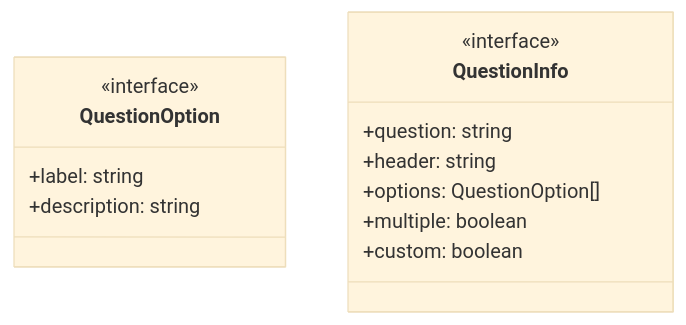
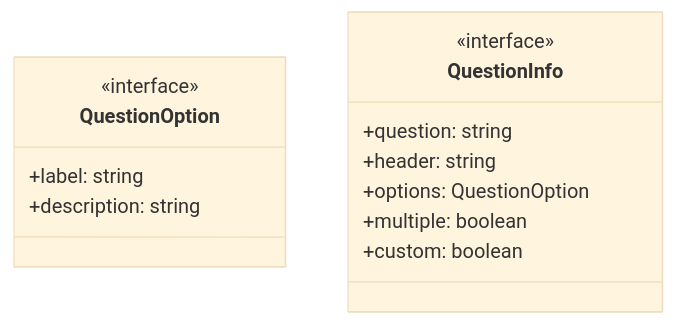
The first of 3 diagrams in ABDD/.pi/extensions/question.md (Mekann2904/mekann), drawn with Mermaid (base theme) before and after one commit. The commit also changed other lines of this file and 174 other files, not shown here.

First line of the commit message:
fix(docs): ABDDのMermaid図生成エラーを修正する

````diff
--- a/ABDD/.pi/extensions/question.md
+++ b/ABDD/.pi/extensions/question.md
@@ -34,16 +34,16 @@
 ```mermaid
 classDiagram
   class QuestionOption {
     <<interface>>
     +label: string
     +description: string
   }
   class QuestionInfo {
     <<interface>>
     +question: string
     +header: string
-    +options: QuestionOption[]
+    +options: QuestionOption
     +multiple: boolean
     +custom: boolean
   }
 ```
````
